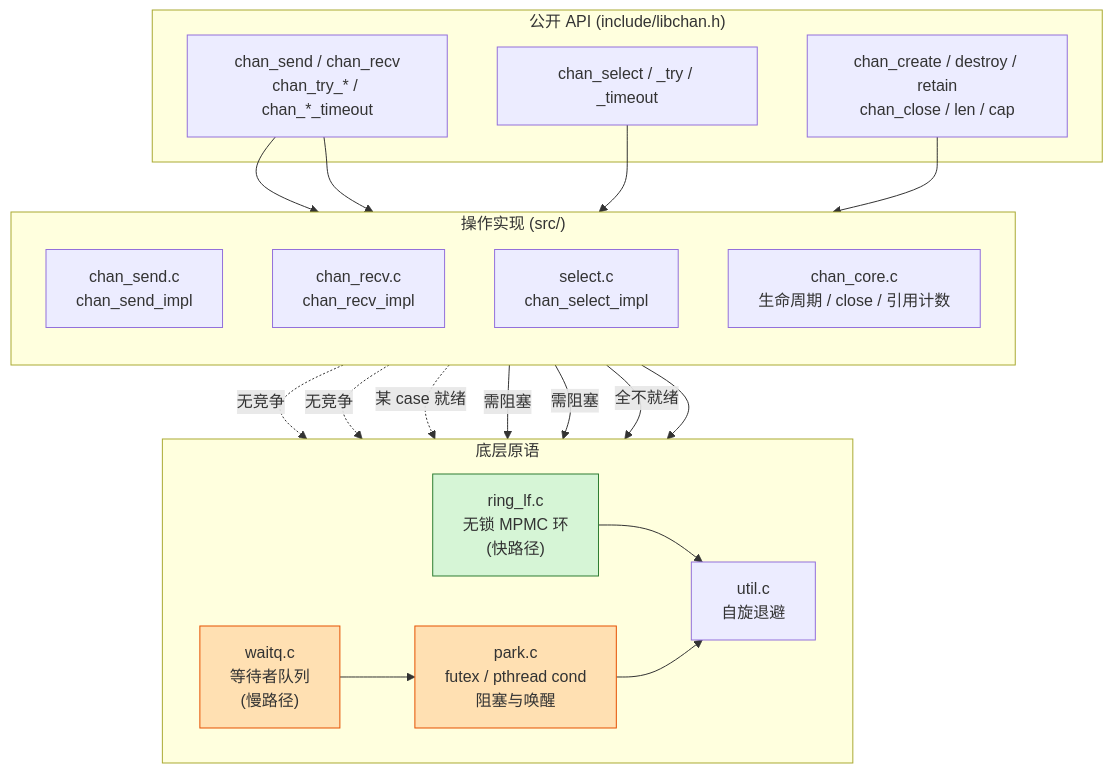
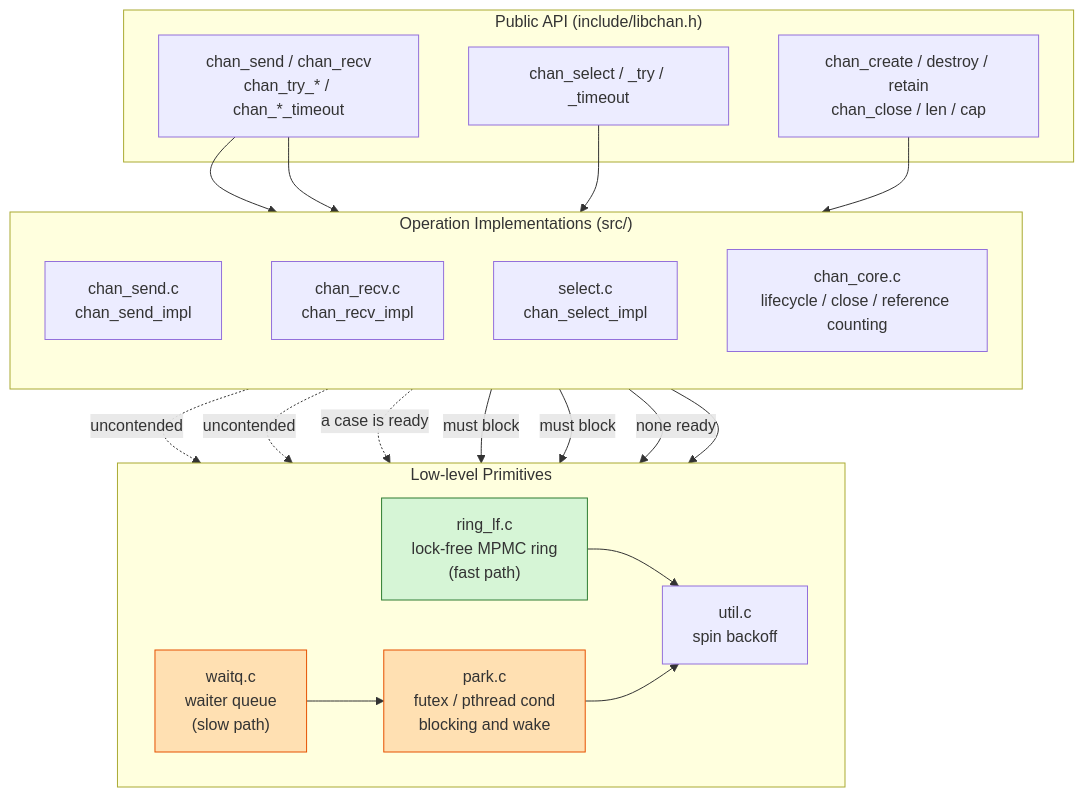
The first of 4 diagrams in doc/architecture.md (calcky/libchan), drawn with Mermaid before and after one commit. The commit also changed other lines of this file and 30 other files, not shown here.

````diff
--- a/doc/architecture.md
+++ b/doc/architecture.md
@@ -13,44 +12,44 @@
 ```mermaid
 flowchart TB
-    subgraph API["公开 API (include/libchan.h)"]
+    subgraph API["Public API (include/libchan.h)"]
         A1["chan_send / chan_recv<br/>chan_try_* / chan_*_timeout"]
         A2["chan_select / _try / _timeout"]
         A3["chan_create / destroy / retain<br/>chan_close / len / cap"]
     end
 
-    subgraph OPS["操作实现 (src/)"]
+    subgraph OPS["Operation Implementations (src/)"]
         direction TB
         S["chan_send.c<br/>chan_send_impl"]
         R["chan_recv.c<br/>chan_recv_impl"]
         SEL["select.c<br/>chan_select_impl"]
-        CORE["chan_core.c<br/>生命周期 / close / 引用计数"]
+        CORE["chan_core.c<br/>lifecycle / close / reference counting"]
     end
 
-    subgraph PRIM["底层原语"]
+    subgraph PRIM["Low-level Primitives"]
         direction LR
-        RING["ring_lf.c<br/>无锁 MPMC 环<br/>(快路径)"]
-        WAITQ["waitq.c<br/>等待者队列<br/>(慢路径)"]
-        PARK["park.c<br/>futex / pthread cond<br/>阻塞与唤醒"]
-        UTIL["util.c<br/>自旋退避"]
+        RING["ring_lf.c<br/>lock-free MPMC ring<br/>(fast path)"]
+        WAITQ["waitq.c<br/>waiter queue<br/>(slow path)"]
+        PARK["park.c<br/>futex / pthread cond<br/>blocking and wake"]
+        UTIL["util.c<br/>spin backoff"]
     end
 
     A1 --> S & R
     A2 --> SEL
     A3 --> CORE
 
-    S -.->|无竞争| RING
-    R -.->|无竞争| RING
-    SEL -.->|某 case 就绪| RING
-    S -->|需阻塞| WAITQ
-    R -->|需阻塞| WAITQ
-    SEL -->|全不就绪| WAITQ
+    S -.->|uncontended| RING
+    R -.->|uncontended| RING
+    SEL -.->|a case is ready| RING
+    S -->|must block| WAITQ
+    R -->|must block| WAITQ
+    SEL -->|none ready| WAITQ
     WAITQ --> PARK
     RING --> UTIL
     PARK --> UTIL
     CORE --> WAITQ
 
     classDef fast fill:#d6f5d6,stroke:#2e7d32;
     classDef slow fill:#ffe0b2,stroke:#e65100;
     class RING fast;
     class WAITQ,PARK slow;
 ```
````
